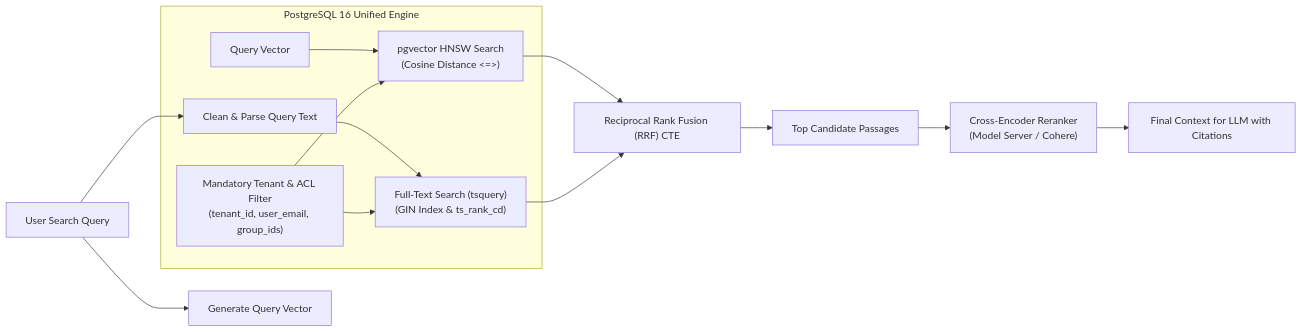
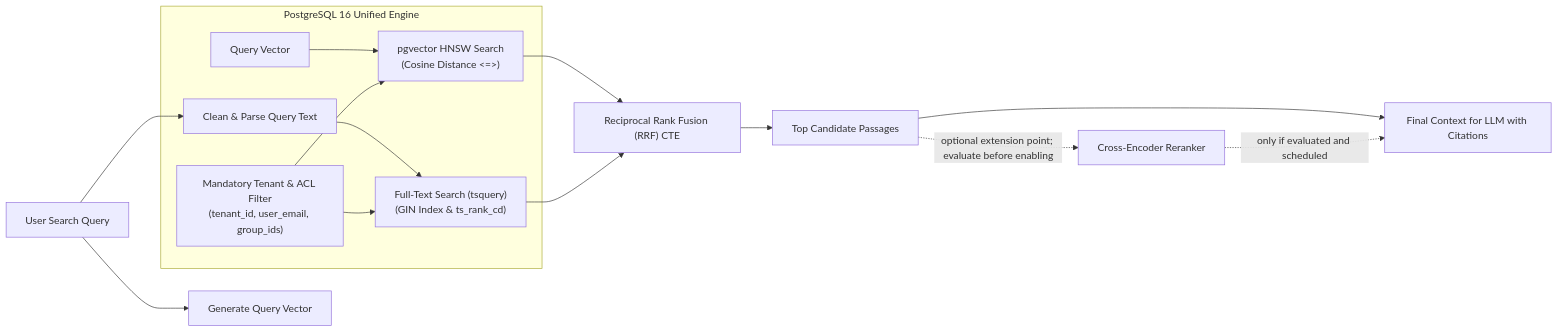
The second of 2 diagrams in docs/architecture/ARCHITECTURE.md (waterNdesert/noxora), drawn with Mermaid before and after one commit. The commit also changed other lines of this file and 58 other files, not shown here.

````diff
--- a/docs/architecture/ARCHITECTURE.md
+++ b/docs/architecture/ARCHITECTURE.md
@@ -118,20 +132,21 @@
 ```mermaid
 flowchart LR
     Query["User Search Query"] --> Embedder["Generate Query Vector"]
     Query --> QueryText["Clean & Parse Query Text"]
 
     subgraph PostgresEngine["PostgreSQL 16 Unified Engine"]
         QueryVector["Query Vector"] --> VectorSearch["pgvector HNSW Search\n(Cosine Distance <=>)"]
         QueryText --> KeywordSearch["Full-Text Search (tsquery)\n(GIN Index & ts_rank_cd)"]
         
         ACL["Mandatory Tenant & ACL Filter\n(tenant_id, user_email, group_ids)"] --> VectorSearch
         ACL --> KeywordSearch
     end
 
     VectorSearch --> RRF["Reciprocal Rank Fusion (RRF) CTE"]
     KeywordSearch --> RRF
 
     RRF --> TopPassages["Top Candidate Passages"]
-    TopPassages --> Reranker["Cross-Encoder Reranker\n(Model Server / Cohere)"]
-    Reranker --> FinalResults["Final Context for LLM with Citations"]
+    TopPassages -. "optional extension point; evaluate before enabling" .-> Reranker["Cross-Encoder Reranker"]
+    TopPassages --> FinalResults["Final Context for LLM with Citations"]
+    Reranker -. "only if evaluated and scheduled" .-> FinalResults
 ```
````
